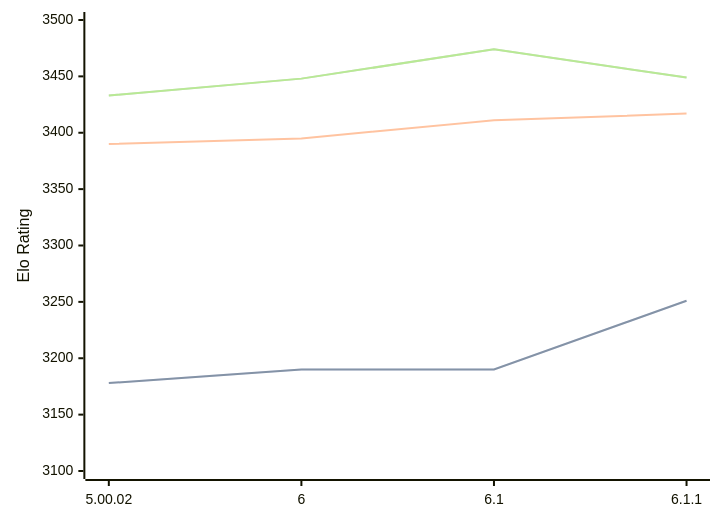
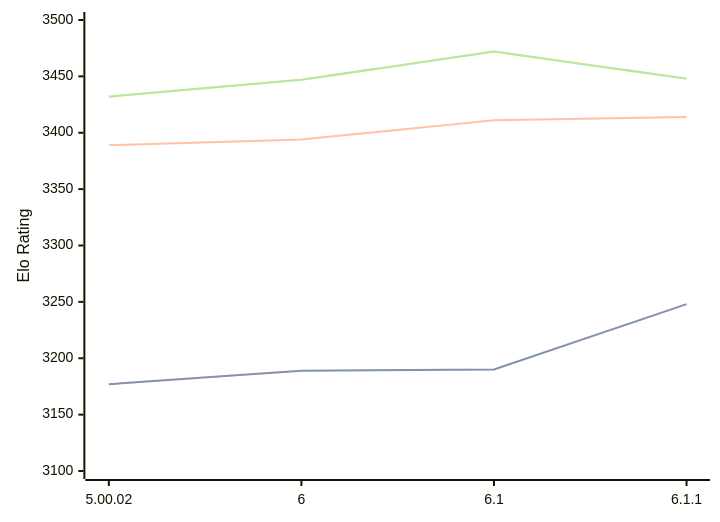
Before and after one commit to computer-chess-index/cci: the diagram in engines/Zangdar.md, drawn with Mermaid. The commit also changed other lines of this file, not shown here.

Commit message:
Update CCI Ratings (ELO VLTC) - 2026-03-07

````diff
--- a/engines/Zangdar.md
+++ b/engines/Zangdar.md
@@ -44,11 +44,11 @@
 ```mermaid
 %%{init: {"theme":"base","themeVariables":{"seriesColors:['#a3a3a3','#222221','#faa371']}}}%%
 xychart-beta
   x-axis ["5.00.02", "6", "6.1", "6.1.1"]
   y-axis "Elo Rating" 3100 --> 3500
-  line "STC (8.0+0.08s)" [3178, 3190, 3190, 3251]
-  line "STC (8.0+0.08s)" [3178, 3190, 3190, 3251]
-  line "LTC (60.0+0.60s)" [3390, 3395, 3411, 3417]
-  line "VLTC (2m24s+1.12s)" [3433, 3448, 3474, 3449]
-  line "VLTC (2m24s+1.12s)" [3433, 3448, 3474, 3449]
+  line "STC (8.0+0.08s)" [3177, 3189, 3190, 3248]
+  line "STC (8.0+0.08s)" [3177, 3189, 3190, 3248]
+  line "LTC (60.0+0.60s)" [3389, 3394, 3411, 3414]
+  line "VLTC (2m24s+1.12s)" [3432, 3447, 3472, 3448]
+  line "VLTC (2m24s+1.12s)" [3432, 3447, 3472, 3448]
 ```
````
